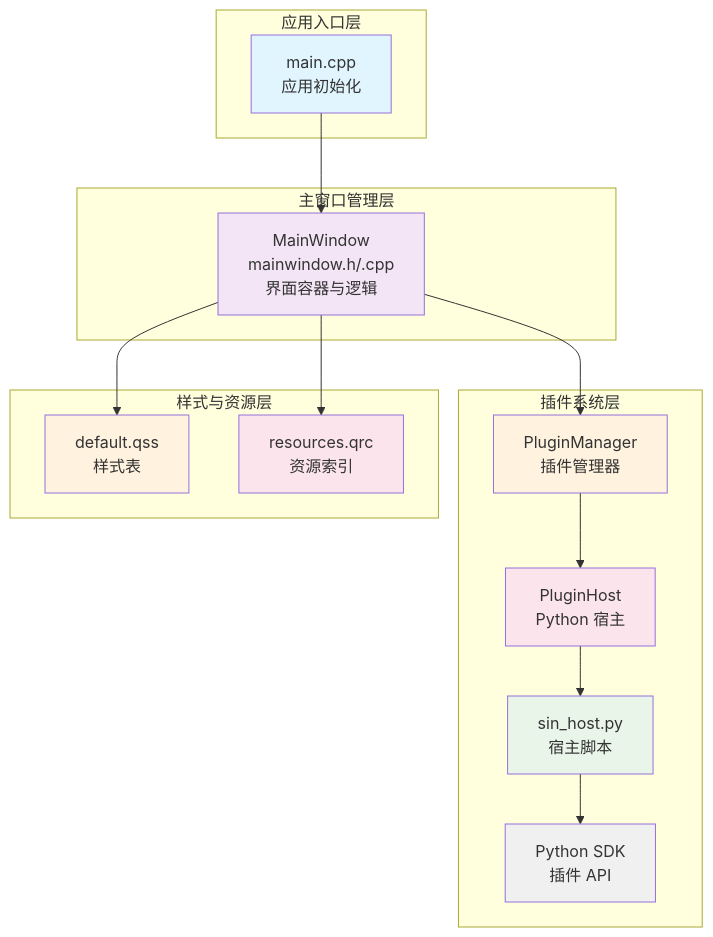
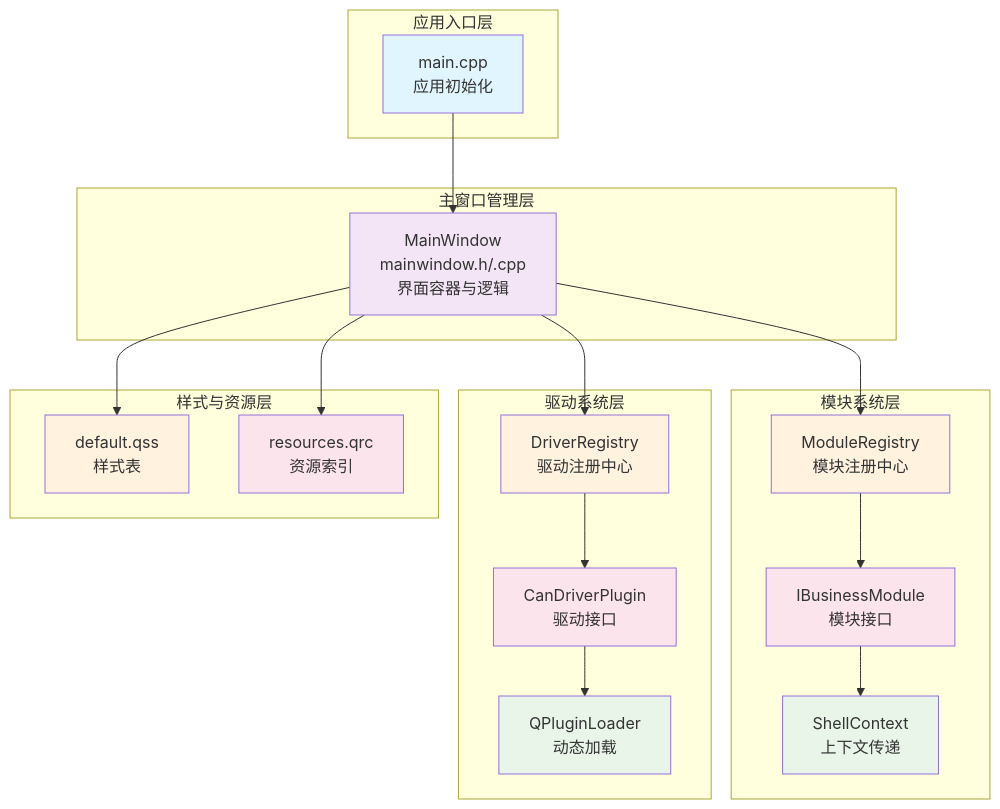
The second of 4 diagrams in .qoder/repowiki/zh/content/项目概述/项目概述.md (jakecai1225-design/OpenBus), drawn with Mermaid before and after one commit. The commit also changed other lines of this file and 177 other files, not shown here.

````diff
--- a/.qoder/repowiki/zh/content/项目概述/项目概述.md
+++ b/.qoder/repowiki/zh/content/项目概述/项目概述.md
@@ -138,34 +157,42 @@
 ```mermaid
 graph TB
 subgraph "应用入口层"
 M["main.cpp<br/>应用初始化"]
 end
 subgraph "主窗口管理层"
 MW["MainWindow<br/>mainwindow.h/.cpp<br/>界面容器与逻辑"]
 end
-subgraph "插件系统层"
-PM["PluginManager<br/>插件管理器"]
-PH["PluginHost<br/>Python 宿主"]
-SH["sin_host.py<br/>宿主脚本"]
-SDK["Python SDK<br/>插件 API"]
+subgraph "模块系统层"
+MR["ModuleRegistry<br/>模块注册中心"]
+IM["IBusinessModule<br/>模块接口"]
+SC["ShellContext<br/>上下文传递"]
+end
+subgraph "驱动系统层"
+DR["DriverRegistry<br/>驱动注册中心"]
+CDP["CanDriverPlugin<br/>驱动接口"]
+QL["QPluginLoader<br/>动态加载"]
 end
 subgraph "样式与资源层"
 QSS["default.qss<br/>样式表"]
 QRC["resources.qrc<br/>资源索引"]
 end
 M --> MW
-MW --> PM
-PM --> PH
-PH --> SH
-SH --> SDK
+MW --> MR
+MR --> IM
+IM --> SC
+MW --> DR
+DR --> CDP
+CDP --> QL
 MW --> QSS
 MW --> QRC
 style M fill:#e1f5fe
 style MW fill:#f3e5f5
-style PM fill:#fff3e0
-style PH fill:#fce4ec
-style SH fill:#e8f5e8
-style SDK fill:#f0f0f0
+style MR fill:#fff3e0
+style IM fill:#fce4ec
+style SC fill:#e8f5e8
+style DR fill:#fff3e0
+style CDP fill:#fce4ec
+style QL fill:#e8f5e8
 style QSS fill:#fff3e0
 style QRC fill:#fce4ec
 ```
````
